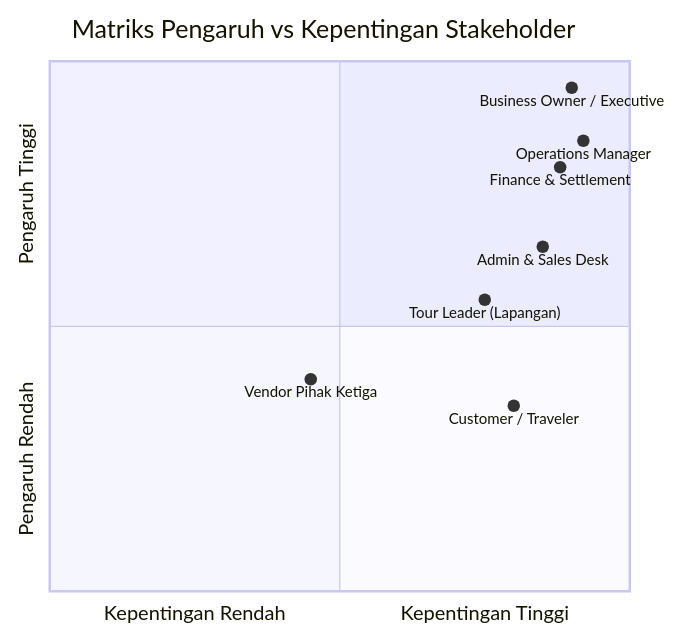
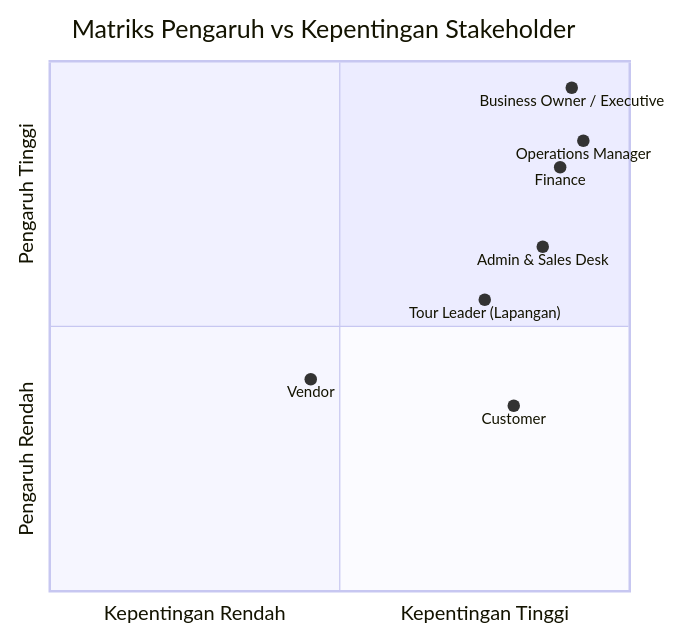
Before and after one commit to mfauzanfikri/tms-docs: the third of 3 diagrams in product/01_BUSINESS_ANALYSIS.md, drawn with Mermaid. The commit also changed other lines of this file and 2 other files, not shown here.

````diff
--- a/product/01_BUSINESS_ANALYSIS.md
+++ b/product/01_BUSINESS_ANALYSIS.md
@@ -187,13 +187,13 @@
 ```mermaid
 quadrantChart
     title Matriks Pengaruh vs Kepentingan Stakeholder
     x-axis Kepentingan Rendah --> Kepentingan Tinggi
     y-axis Pengaruh Rendah --> Pengaruh Tinggi
-    "Vendor Pihak Ketiga": [0.45, 0.40]
+    "Vendor": [0.45, 0.40]
     "Tour Leader (Lapangan)": [0.75, 0.55]
     "Admin & Sales Desk": [0.85, 0.65]
-    "Finance & Settlement": [0.88, 0.80]
+    "Finance": [0.88, 0.80]
     "Operations Manager": [0.92, 0.85]
     "Business Owner / Executive": [0.90, 0.95]
-    "Customer / Traveler": [0.80, 0.35]
+    "Customer": [0.80, 0.35]
 ```
````
